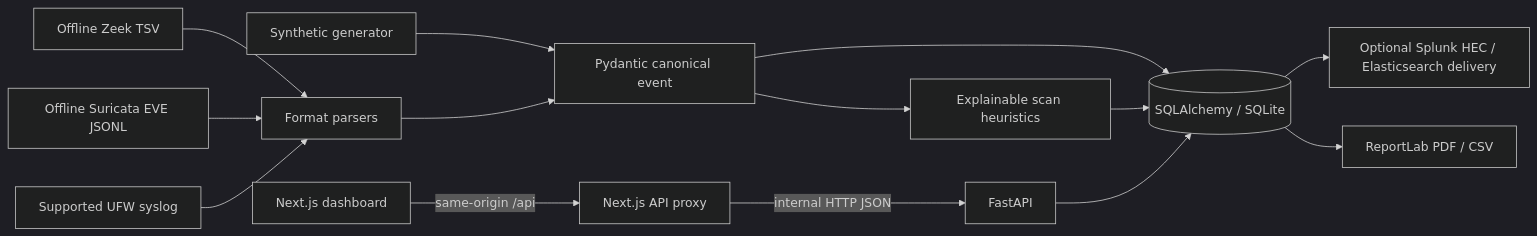
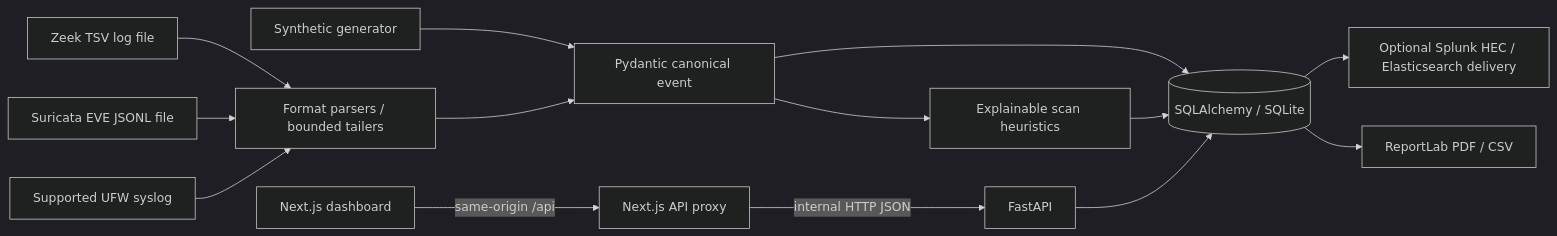
The diagram in docs/ARCHITECTURE.md (anurag-rvnkr1/Port-Scan-Detection-Engineering-Lab), drawn with Mermaid (dark theme) before and after one commit. The commit also changed other lines of this file and 24 other files, not shown here.

First line of the commit message:
feat: add support for Zeek and Suricata log sensors

````diff
--- a/docs/ARCHITECTURE.md
+++ b/docs/ARCHITECTURE.md
@@ -5,16 +5,16 @@
 ```mermaid
 flowchart LR
   Browser[Next.js dashboard] -->|same-origin /api| BFF[Next.js API proxy]
   BFF -->|internal HTTP JSON| API[FastAPI]
   Synthetic[Synthetic generator] --> Schema[Pydantic canonical event]
-  Zeek[Offline Zeek TSV] --> Parser[Format parsers]
-  Suricata[Offline Suricata EVE JSONL] --> Parser
+  Zeek[Zeek TSV log file] --> Parser[Format parsers / bounded tailers]
+  Suricata[Suricata EVE JSONL file] --> Parser
   Firewall[Supported UFW syslog] --> Parser
   Parser --> Schema
   Schema --> Detection[Explainable scan heuristics]
   Schema --> Persistence[(SQLAlchemy / SQLite)]
   Detection --> Persistence
   Persistence --> Integrations[Optional Splunk HEC / Elasticsearch delivery]
   API --> Persistence
   Persistence --> Reports[ReportLab PDF / CSV]
 ```
````
